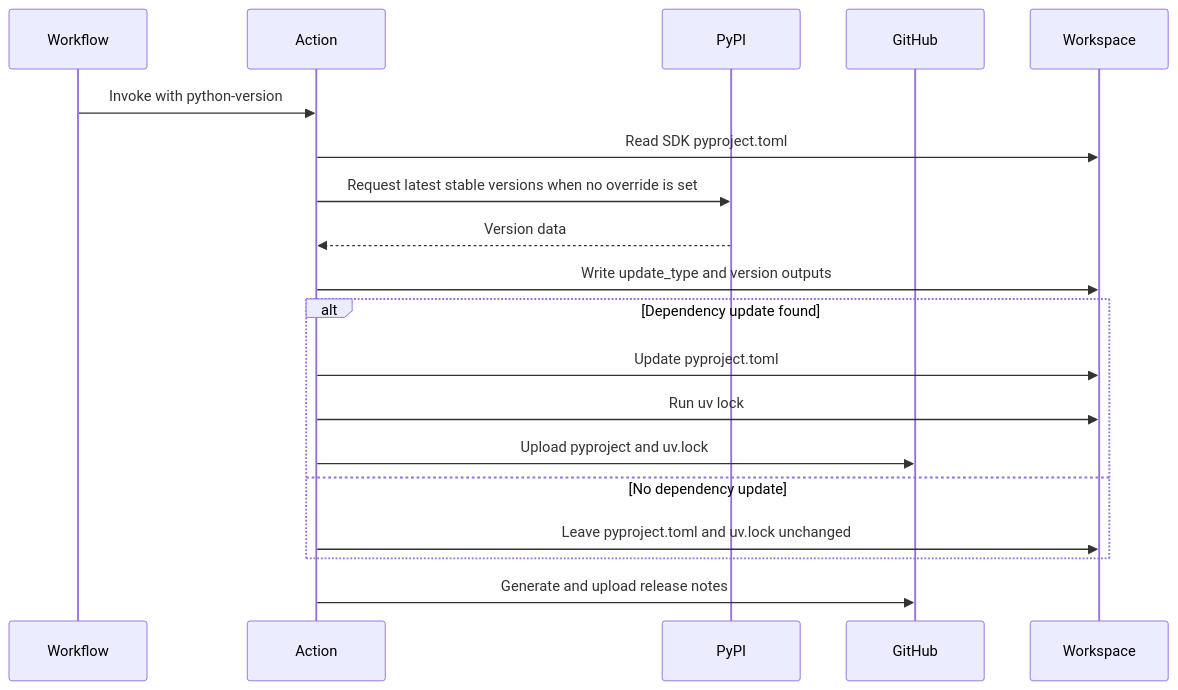
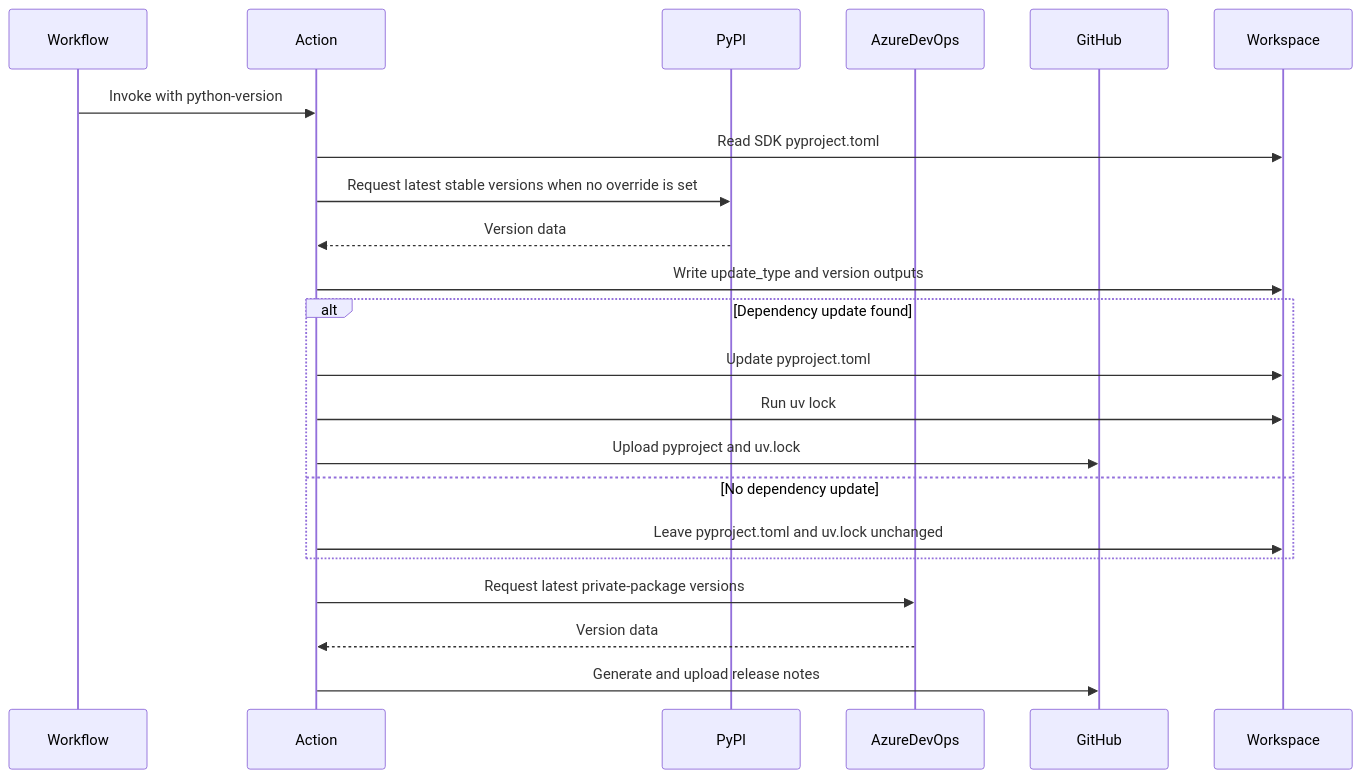
The fourth of 4 diagrams in .github/actions/sdk-meta-package/README.md (JJJ-NONAME/saf), drawn with Mermaid before and after one commit. The commit also changed other lines of this file and 9 other files, not shown here.

````diff
--- a/.github/actions/sdk-meta-package/README.md
+++ b/.github/actions/sdk-meta-package/README.md
@@ -163,22 +175,25 @@
 ```mermaid
 sequenceDiagram
     participant Workflow
     participant Action
     participant PyPI
+    participant AzureDevOps
     participant GitHub
     participant Workspace
 
     Workflow->>Action: Invoke with python-version
     Action->>Workspace: Read SDK pyproject.toml
     Action->>PyPI: Request latest stable versions when no override is set
     PyPI-->>Action: Version data
     Action->>Workspace: Write update_type and version outputs
     alt Dependency update found
         Action->>Workspace: Update pyproject.toml
         Action->>Workspace: Run uv lock
         Action->>GitHub: Upload pyproject and uv.lock
     else No dependency update
         Action->>Workspace: Leave pyproject.toml and uv.lock unchanged
     end
+    Action->>AzureDevOps: Request latest private-package versions
+    AzureDevOps-->>Action: Version data
     Action->>GitHub: Generate and upload release notes
 ```
````
